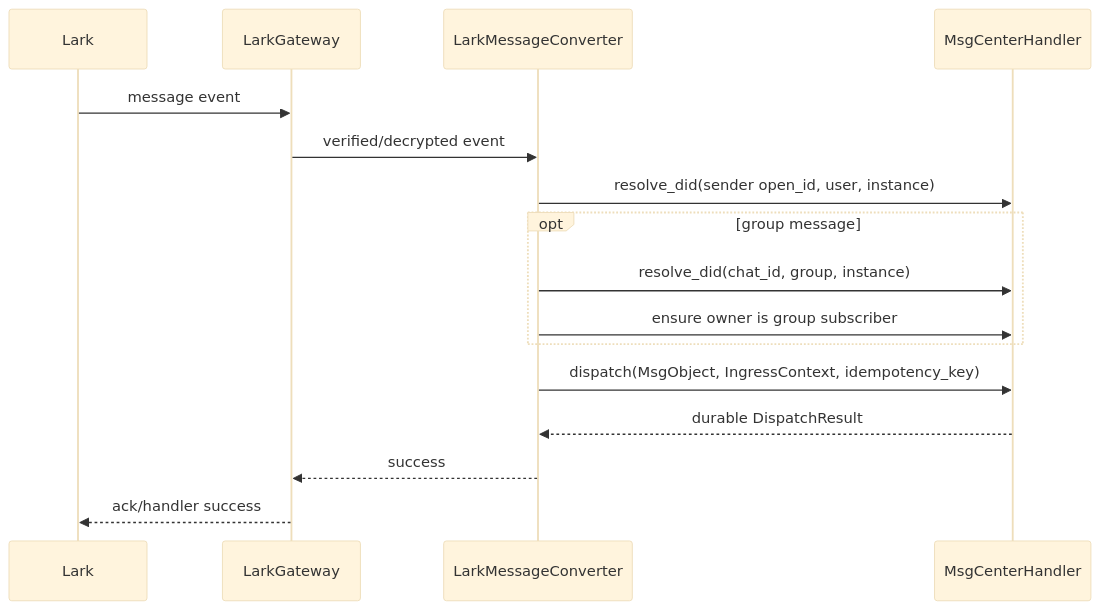
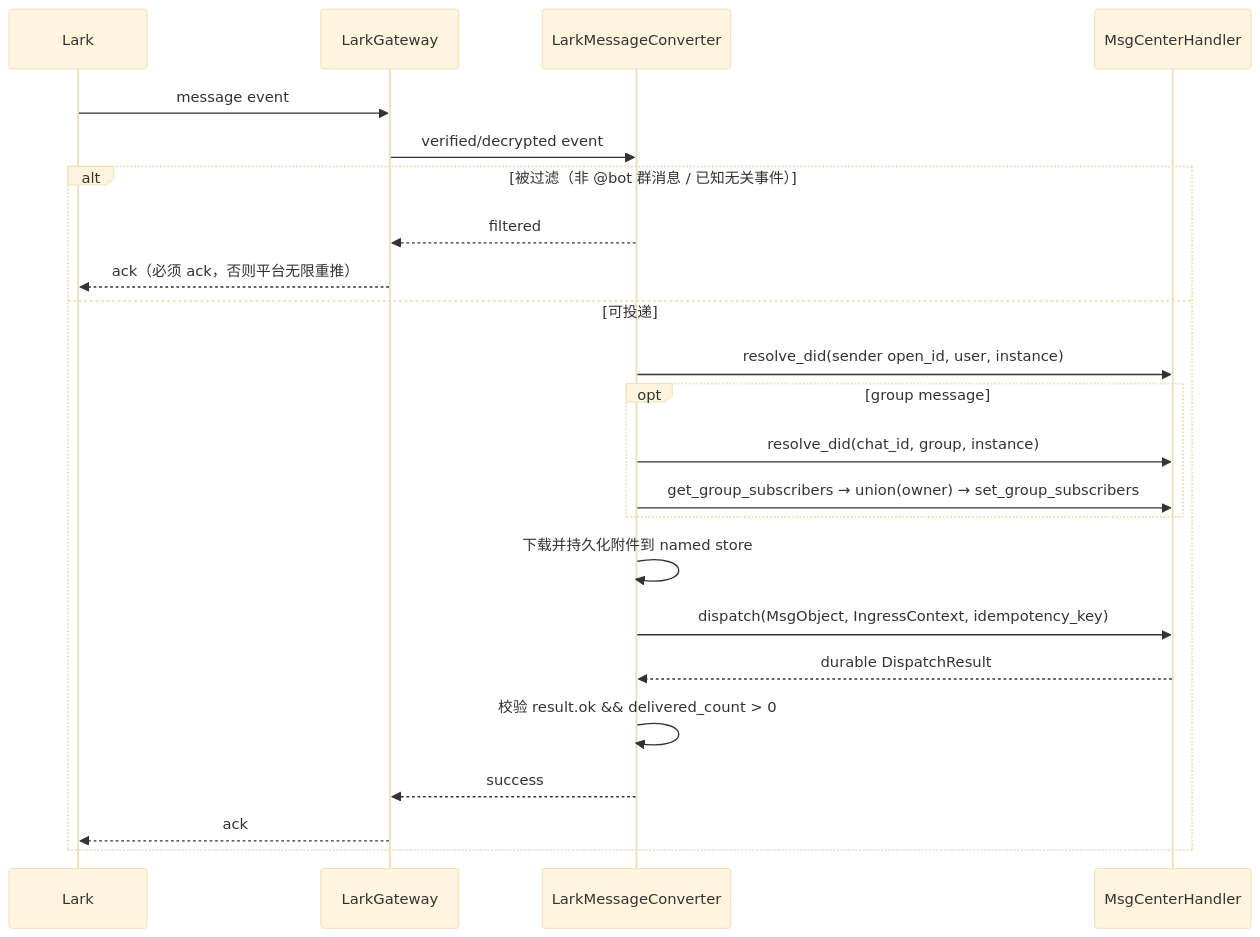
Before and after one commit to buckyos/buckyos: the diagram in notepads/lark-msg-tunnel.md, drawn with Mermaid (base theme). The commit also changed other lines of this file, not shown here.

````diff
--- a/notepads/lark-msg-tunnel.md
+++ b/notepads/lark-msg-tunnel.md
@@ -212,19 +291,26 @@
 ```mermaid
 sequenceDiagram
     participant L as Lark
     participant G as LarkGateway
     participant C as LarkMessageConverter
     participant M as MsgCenterHandler
 
     L->>G: message event
     G->>C: verified/decrypted event
-    C->>M: resolve_did(sender open_id, user, instance)
-    opt group message
-        C->>M: resolve_did(chat_id, group, instance)
-        C->>M: ensure owner is group subscriber
+    alt 被过滤（非 @bot 群消息 / 已知无关事件）
+        C-->>G: filtered
+        G-->>L: ack（必须 ack，否则平台无限重推）
+    else 可投递
+        C->>M: resolve_did(sender open_id, user, instance)
+        opt group message
+            C->>M: resolve_did(chat_id, group, instance)
+            C->>M: get_group_subscribers → union(owner) → set_group_subscribers
+        end
+        C->>C: 下载并持久化附件到 named store
+        C->>M: dispatch(MsgObject, IngressContext, idempotency_key)
+        M-->>C: durable DispatchResult
+        C->>C: 校验 result.ok && delivered_count > 0
+        C-->>G: success
+        G-->>L: ack
     end
-    C->>M: dispatch(MsgObject, IngressContext, idempotency_key)
-    M-->>C: durable DispatchResult
-    C-->>G: success
-    G-->>L: ack/handler success
 ```
````
